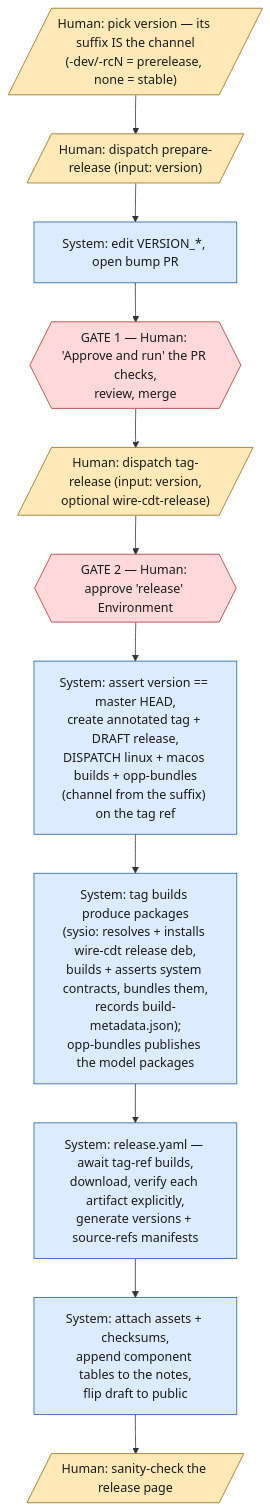
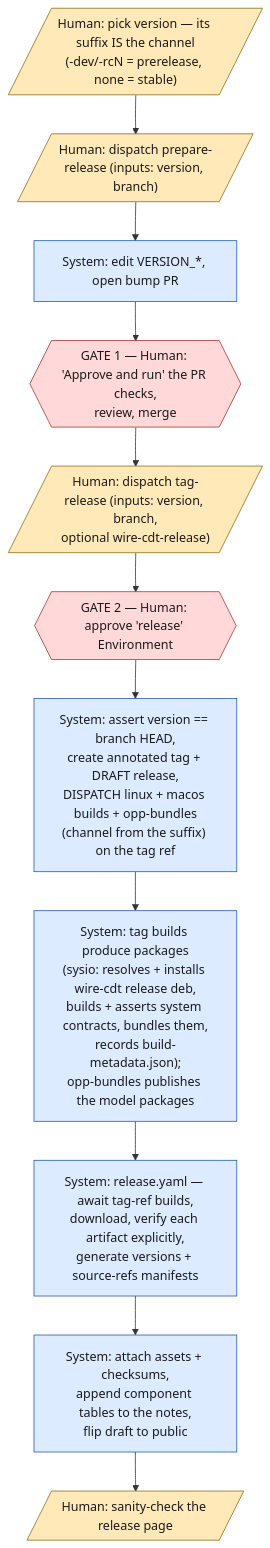
Before and after one commit to Wire-Network/wire-sysio: the diagram in docs/release-workflow.md, drawn with Mermaid. The commit also changed other lines of this file and 8 other files, not shown here.

First line of the commit message:
ci: prepare and tag releases on release/<major>.<minor> branches

````diff
--- a/docs/release-workflow.md
+++ b/docs/release-workflow.md
@@ -108,20 +152,20 @@
 ```mermaid
 flowchart TD
     classDef human fill:#FFE9B8,stroke:#8a6d1a,color:#1a1a1a
     classDef system fill:#DCEBFF,stroke:#1e5aa8,color:#1a1a1a
     classDef gate fill:#FFD9D9,stroke:#a83232,color:#1a1a1a
 
     H1[/"Human: pick version — its suffix IS the channel<br>(-dev/-rcN = prerelease, none = stable)"/]:::human
-    H2[/"Human: dispatch prepare-release (input: version)"/]:::human
+    H2[/"Human: dispatch prepare-release (inputs: version, branch)"/]:::human
     S1["System: edit VERSION_*, open bump PR"]:::system
     G1{{"GATE 1 — Human: 'Approve and run' the PR checks,<br>review, merge"}}:::gate
-    H3[/"Human: dispatch tag-release (input: version,<br>optional wire-cdt-release)"/]:::human
+    H3[/"Human: dispatch tag-release (inputs: version, branch,<br>optional wire-cdt-release)"/]:::human
     G2{{"GATE 2 — Human: approve 'release' Environment"}}:::gate
-    S3["System: assert version == master HEAD,<br>create annotated tag + DRAFT release,<br>DISPATCH linux + macos builds + opp-bundles<br>(channel from the suffix) on the tag ref"]:::system
+    S3["System: assert version == branch HEAD,<br>create annotated tag + DRAFT release,<br>DISPATCH linux + macos builds + opp-bundles<br>(channel from the suffix) on the tag ref"]:::system
     S4["System: tag builds produce packages<br>(sysio: resolves + installs wire-cdt release deb,<br>builds + asserts system contracts, bundles them,<br>records build-metadata.json);<br>opp-bundles publishes the model packages"]:::system
     S6["System: release.yaml — await tag-ref builds,<br>download, verify each artifact explicitly,<br>generate versions + source-refs manifests"]:::system
     S7["System: attach assets + checksums,<br>append component tables to the notes,<br>flip draft to public"]:::system
     H4[/"Human: sanity-check the release page"/]:::human
 
     H1 --> H2 --> S1 --> G1 --> H3 --> G2 --> S3 --> S4 --> S6 --> S7 --> H4
 ```
````
